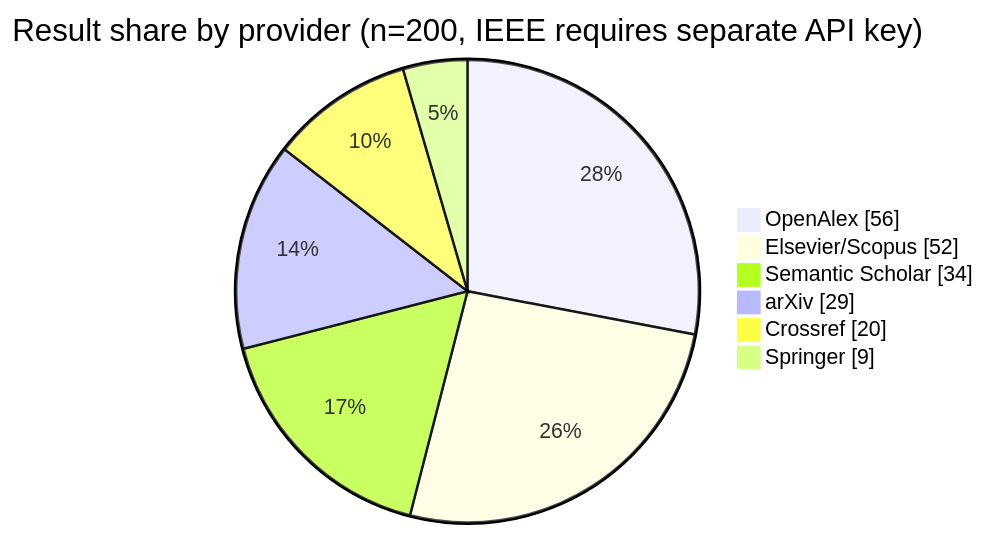
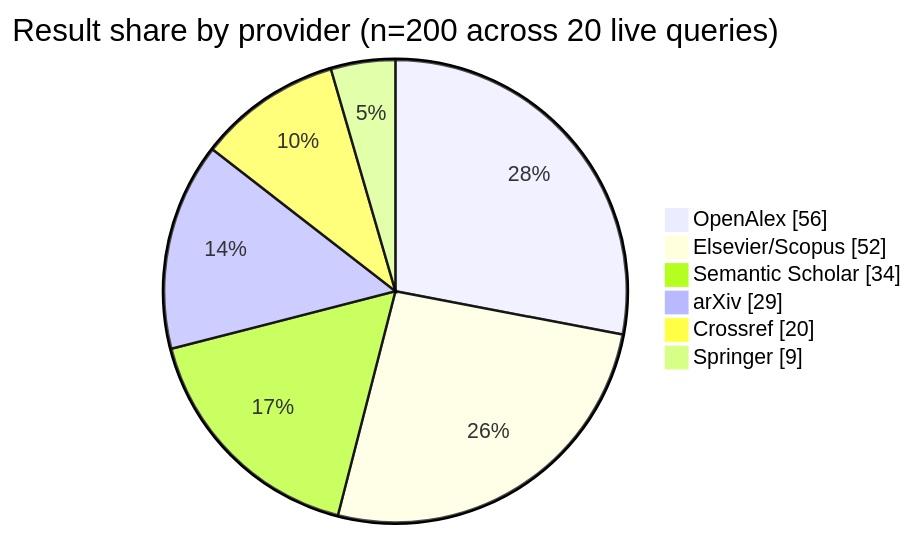
Diagram 14 of 17 in README.md (sushildalavi/sourcery), drawn with Mermaid before and after one commit. The commit also changed other lines of this file and 10 other files, not shown here.

Commit message:
remove ieee provider from search + ingest + ui + docs

````diff
--- a/README.md
+++ b/README.md
@@ -377,10 +377,10 @@
 ```mermaid
 pie showData
-    title Result share by provider (n=200, IEEE requires separate API key)
+    title Result share by provider (n=200 across 20 live queries)
     "OpenAlex" : 56
     "Elsevier/Scopus" : 52
     "Semantic Scholar" : 34
     "arXiv" : 29
     "Crossref" : 20
     "Springer" : 9
 ```
````
